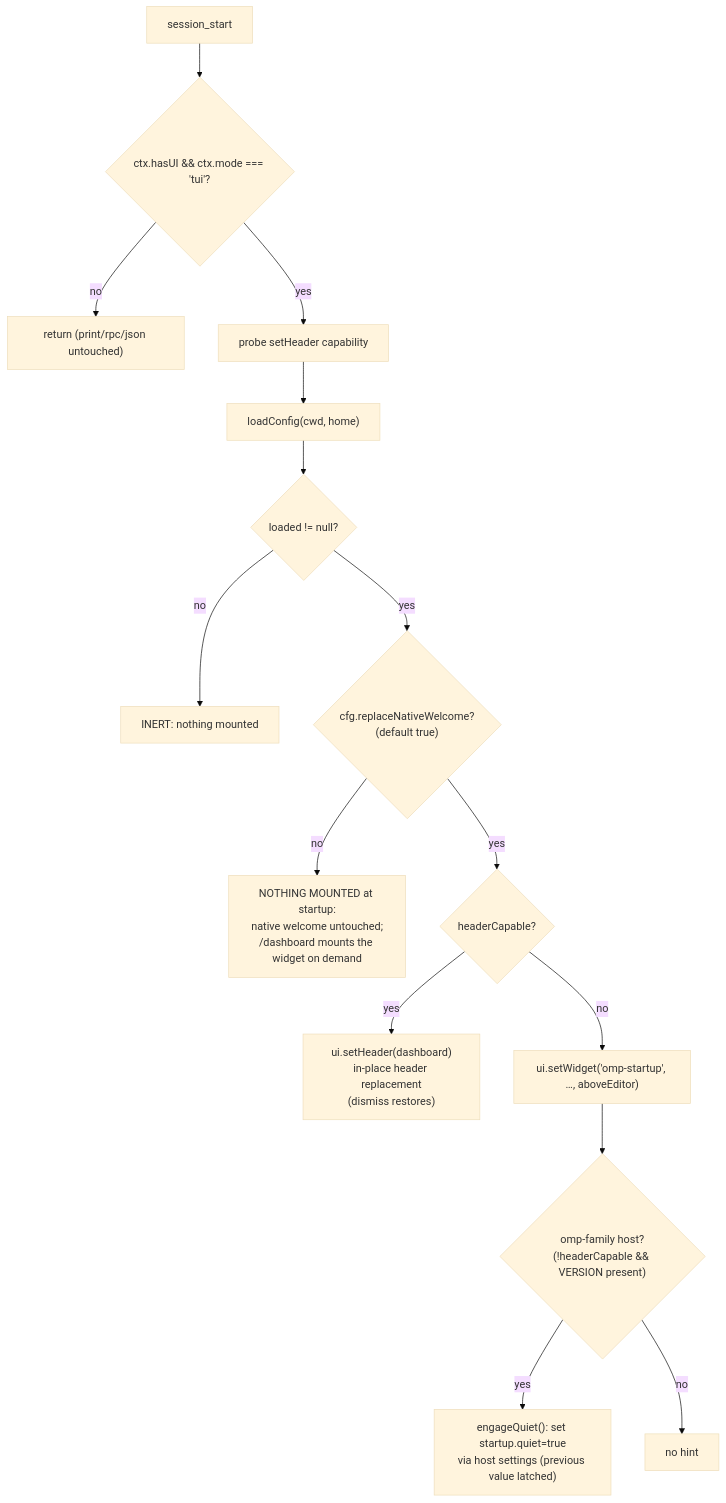
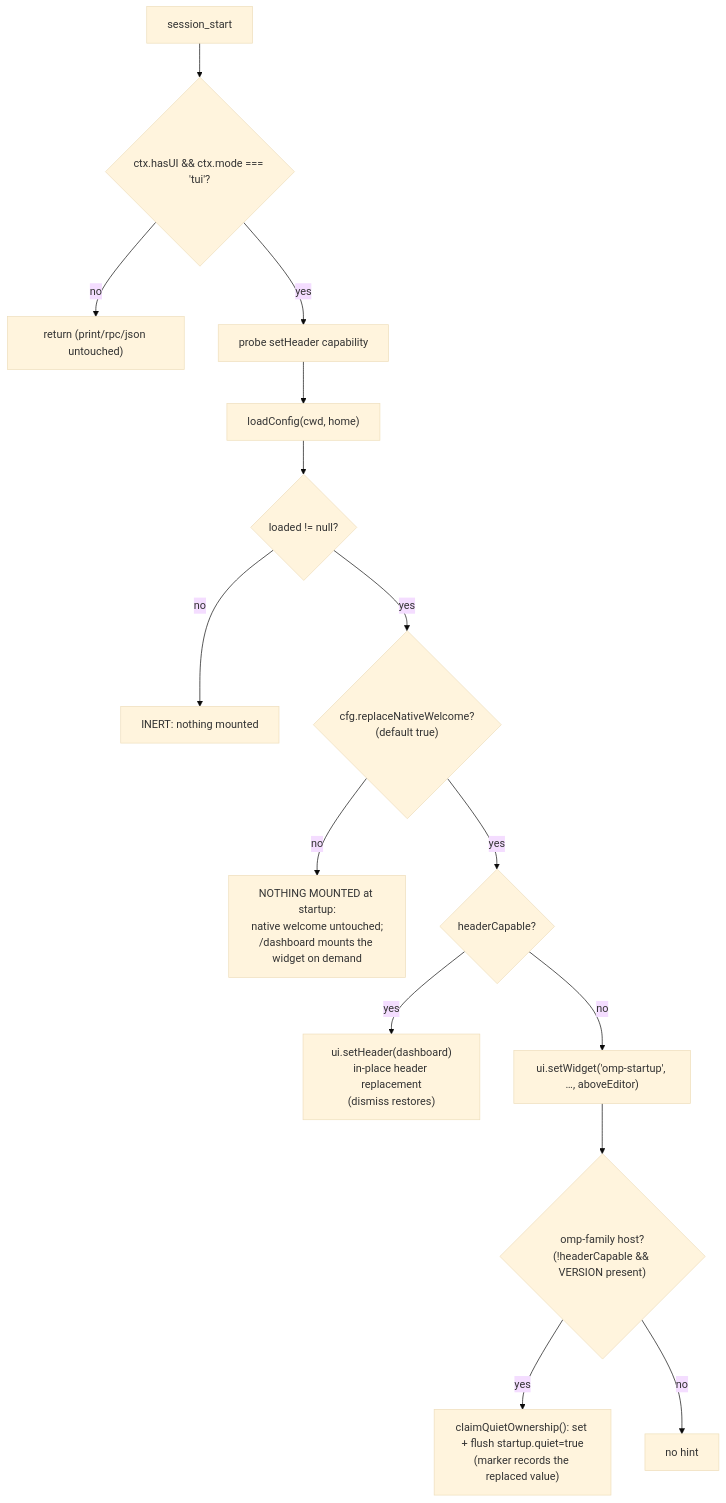
One commit to zhulinchng/omp-startup changed the second of 5 diagrams in docs/ARCHITECTURE.md. Above: the diagram before and after it, drawn with Mermaid (base theme). The commit also changed other lines of this file and 10 other files, not shown here.

````diff
--- a/docs/ARCHITECTURE.md
+++ b/docs/ARCHITECTURE.md
@@ -116,17 +120,17 @@
 ```mermaid
 flowchart TD
     A["session_start"] --> B{"ctx.hasUI && ctx.mode === 'tui'?"}
     B -- no --> Z["return (print/rpc/json untouched)"]
     B -- yes --> C["probe setHeader capability"]
     C --> D["loadConfig(cwd, home)"]
     D --> E{"loaded != null?"}
     E -- no --> Z2["INERT: nothing mounted"]
     E -- yes --> F{"cfg.replaceNativeWelcome?<br/>(default true)"}
     F -- "no" --> Z3["NOTHING MOUNTED at startup:<br/>native welcome untouched;<br/>/dashboard mounts the widget on demand"]
     F -- yes --> G{"headerCapable?"}
     G -- yes --> H2["ui.setHeader(dashboard)<br/>in-place header replacement<br/>(dismiss restores)"]
     G -- no --> H["ui.setWidget('omp-startup', …, aboveEditor)"]
     H --> I{"omp-family host?<br/>(!headerCapable && VERSION present)"}
-    I -- yes --> J2["engageQuiet(): set startup.quiet=true<br/>via host settings (previous value latched)"]
+    I -- yes --> J2["claimQuietOwnership(): set + flush startup.quiet=true<br/>(marker records the replaced value)"]
     I -- no --> K["no hint"]
 ```
````
